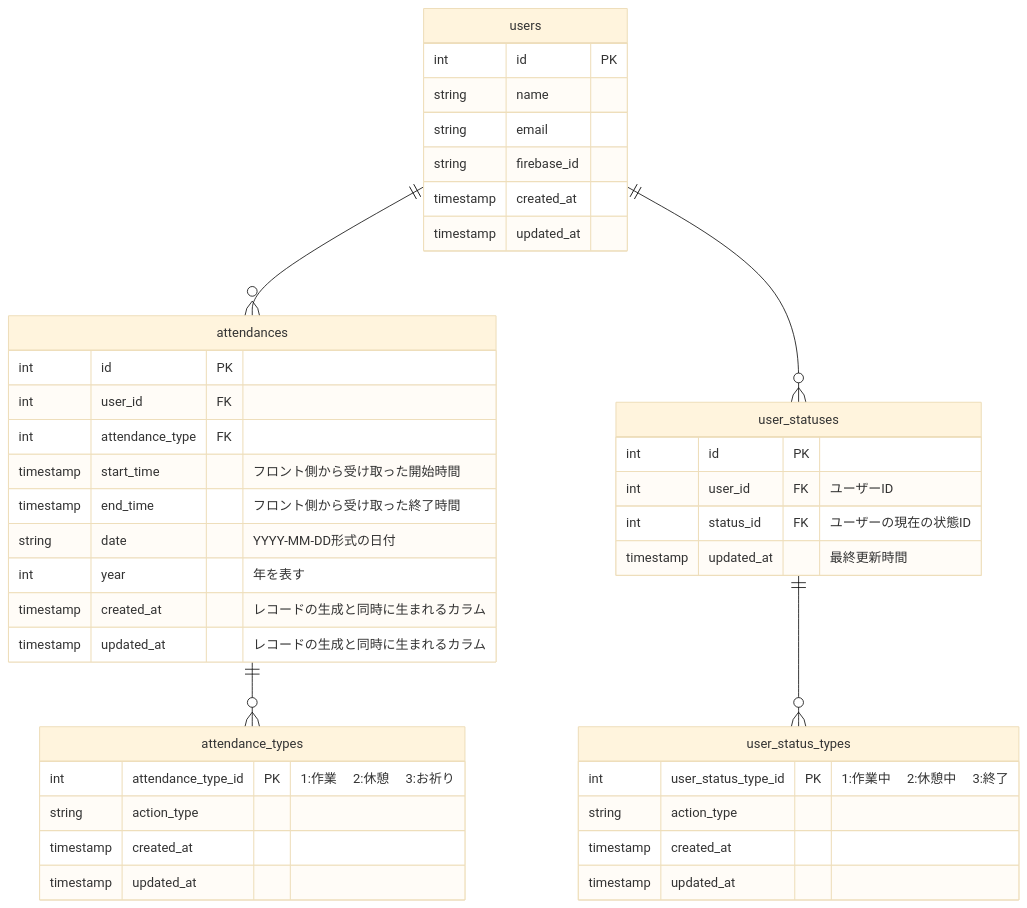
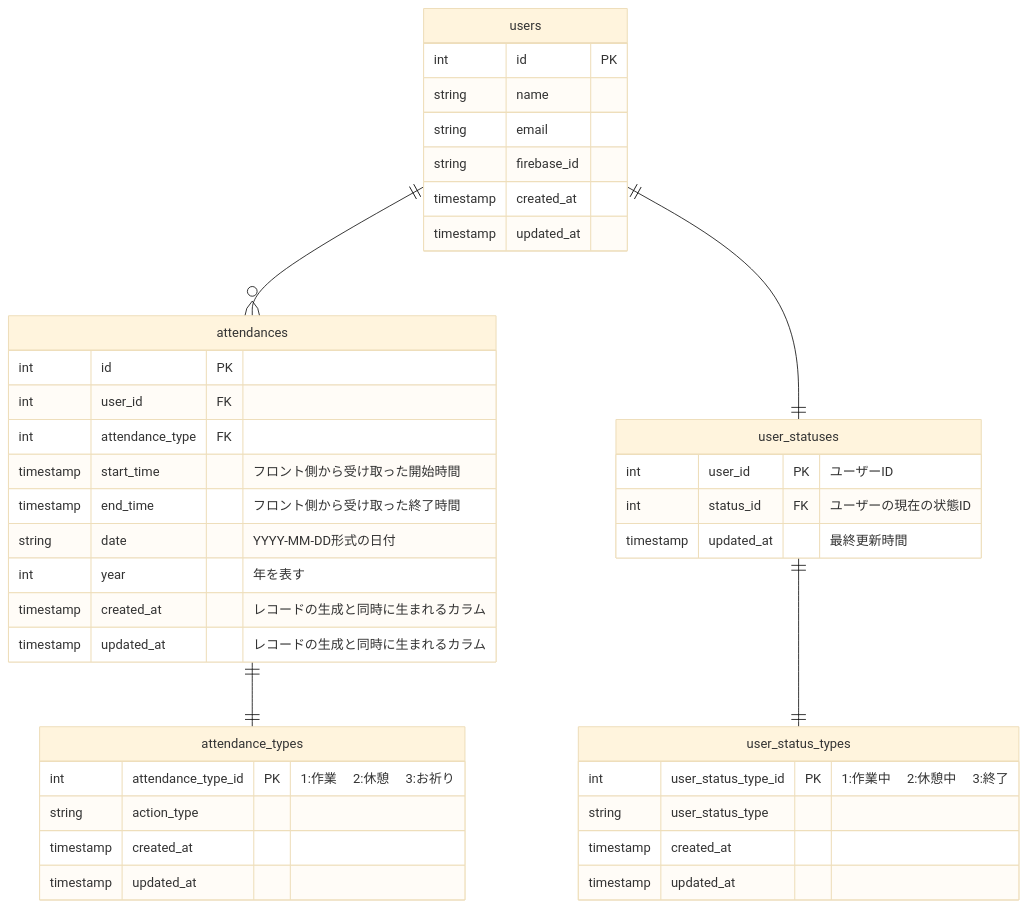
Before and after one commit to yoshimi-I/AttendanceApp: the diagram in samples/er.md, drawn with Mermaid (base theme). The commit also changed 1 other file, not shown here.

Commit message:
fix: DBの修正

````diff
--- a/samples/er.md
+++ b/samples/er.md
@@ -1,50 +1,48 @@
 ```mermaid
 erDiagram
     users ||--o{ attendances : ""
-    attendances ||--o{ attendance_types : ""
-    users ||--o{ user_statuses : ""
-    user_statuses ||--o{ user_status_types : ""
-
+    attendances ||--|| attendance_types : ""
+    users ||--||  user_statuses : ""
+    user_statuses ||--|| user_status_types : ""
     users {
         int id PK
         string name
         string email
         string firebase_id
         timestamp created_at
         timestamp updated_at
     }
 
     attendances {
         int id PK
         int user_id FK
         int attendance_type FK
         timestamp start_time "フロント側から受け取った開始時間"
         timestamp end_time "フロント側から受け取った終了時間"
         string date "YYYY-MM-DD形式の日付"
         int year "年を表す"
         timestamp created_at "レコードの生成と同時に生まれるカラム"
         timestamp updated_at "レコードの生成と同時に生まれるカラム"
     }
 
     attendance_types {
         int attendance_type_id PK "1:作業 　2:休憩 　3:お祈り"
         string action_type
         timestamp created_at
         timestamp updated_at
     }
 
     user_status_types {
         int user_status_type_id PK "1:作業中 　2:休憩中 　3:終了"
-        string action_type
+        string user_status_type
         timestamp created_at
         timestamp updated_at
     }
 
     user_statuses {
-        int id PK
-        int user_id FK "ユーザーID"
+        int user_id PK "ユーザーID"
         int status_id FK "ユーザーの現在の状態ID"
         timestamp updated_at "最終更新時間"
     }
 
 ```
````
